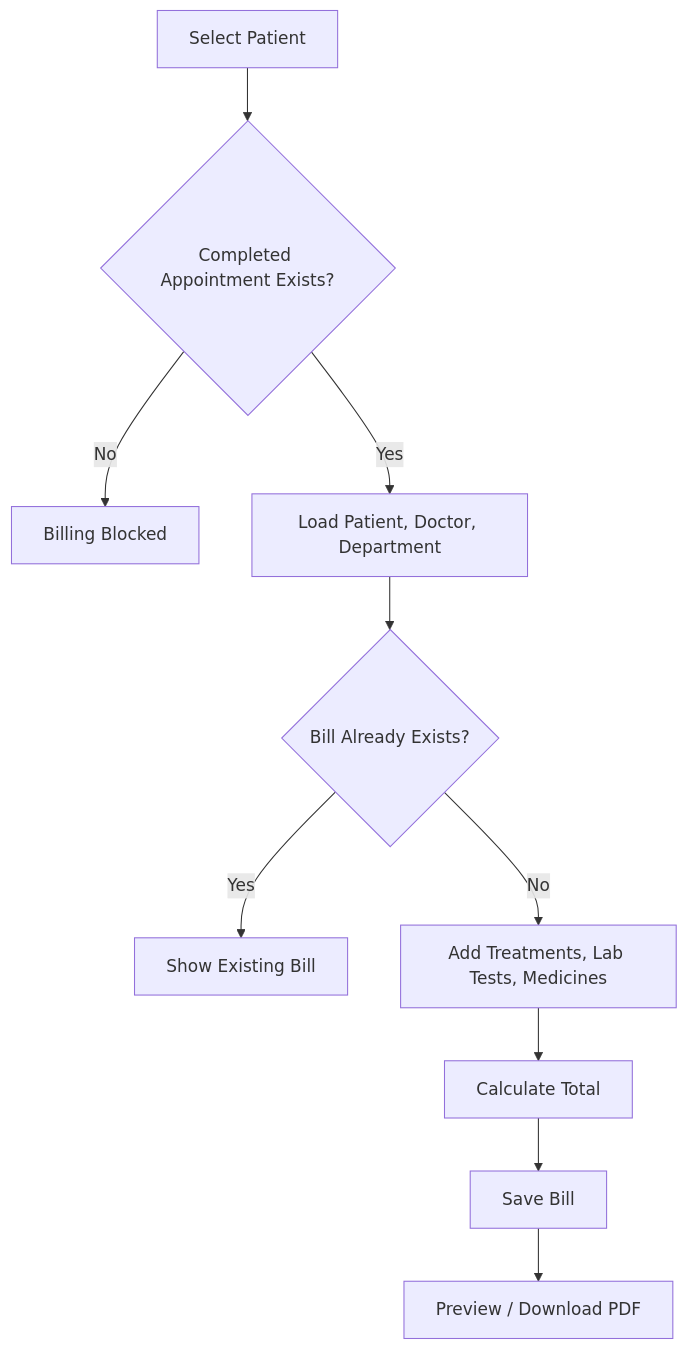
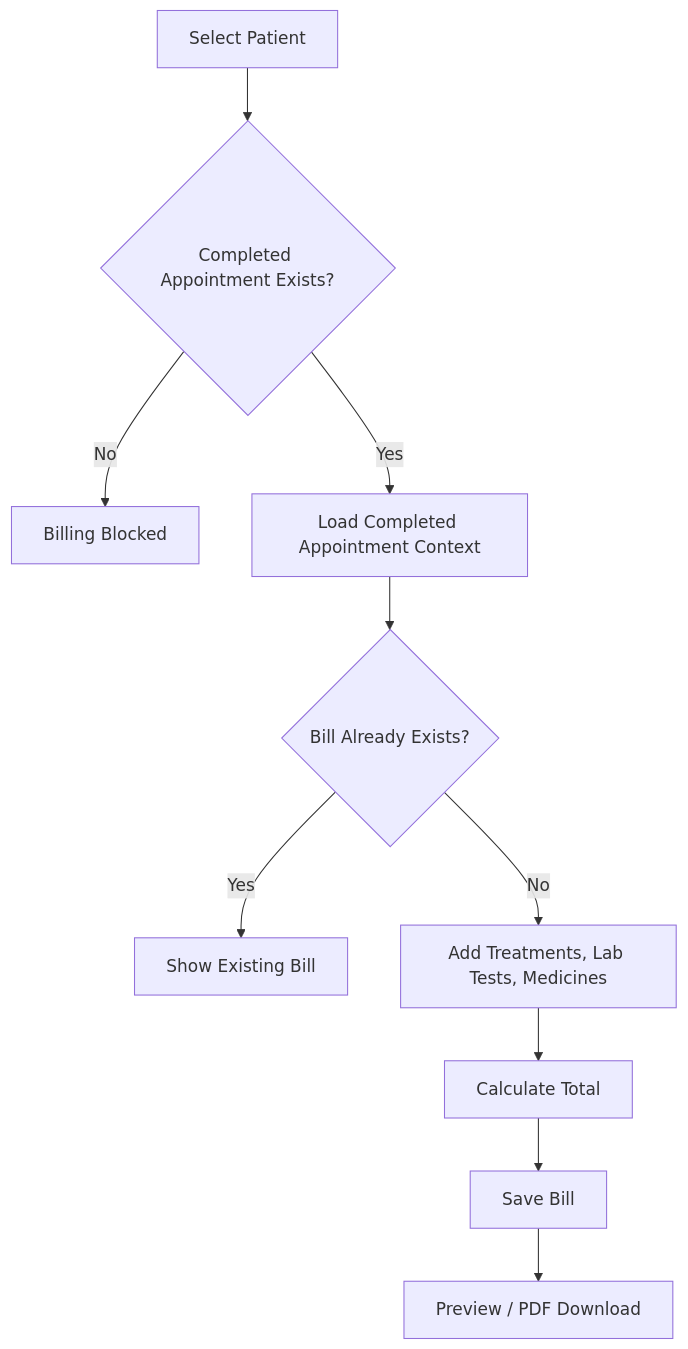
The fifth of 7 diagrams in SYSTEM_FLOW.md (shaahir27/HealthDesk), drawn with Mermaid before and after one commit. The commit also changed other lines of this file and 19 other files, not shown here.

````diff
--- a/SYSTEM_FLOW.md
+++ b/SYSTEM_FLOW.md
@@ -298,12 +395,12 @@
 ```mermaid
 flowchart TD
     A[Select Patient] --> B{Completed Appointment Exists?}
     B -->|No| C[Billing Blocked]
-    B -->|Yes| D[Load Patient, Doctor, Department]
+    B -->|Yes| D[Load Completed Appointment Context]
     D --> E{Bill Already Exists?}
     E -->|Yes| F[Show Existing Bill]
     E -->|No| G[Add Treatments, Lab Tests, Medicines]
     G --> H[Calculate Total]
     H --> I[Save Bill]
-    I --> J[Preview / Download PDF]
+    I --> J[Preview / PDF Download]
 ```
````
